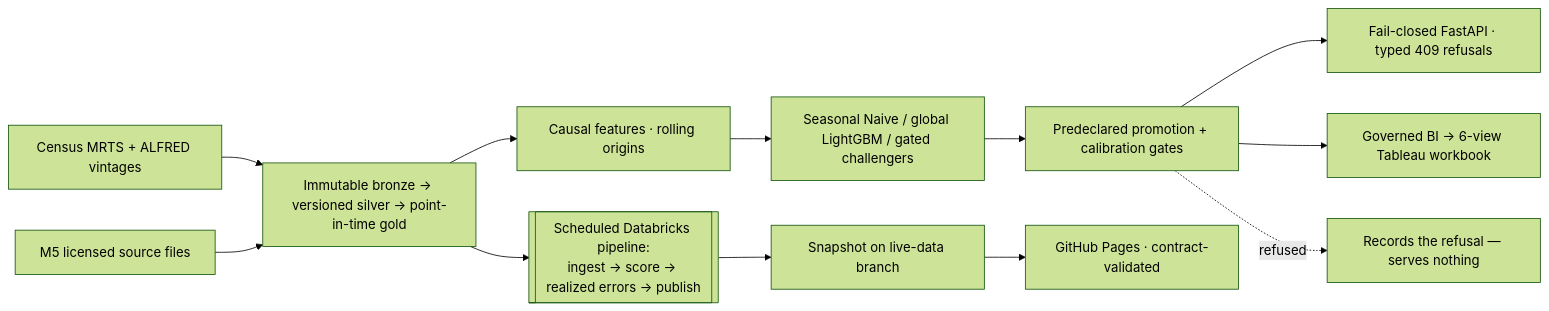
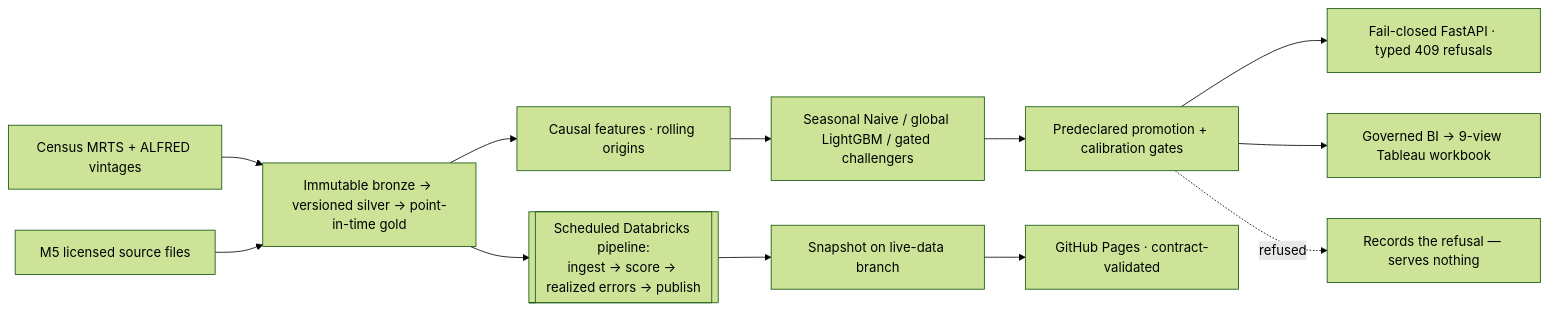
One commit to oleeveeuh/retailPRED changed the diagram in README.md. Above: the diagram before and after it, drawn with Mermaid (forest theme). The commit also changed other lines of this file and 17 other files, not shown here.

````diff
--- a/README.md
+++ b/README.md
@@ -37,14 +38,14 @@
 ```mermaid
 flowchart LR
     A[Census MRTS + ALFRED vintages] --> B[Immutable bronze → versioned silver → point-in-time gold]
     M[M5 licensed source files] --> B
     B --> C[Causal features · rolling origins]
     C --> D[Seasonal Naive / global LightGBM / gated challengers]
     D --> E[Predeclared promotion + calibration gates]
     E --> F[Fail-closed FastAPI · typed 409 refusals]
-    E --> G[Governed BI → 6-view Tableau workbook]
+    E --> G[Governed BI → 9-view Tableau workbook]
     B --> P[[Scheduled Databricks pipeline:<br/>ingest → score → realized errors → publish]]
     P --> S[Snapshot on live-data branch]
     S --> W[GitHub Pages · contract-validated]
     E -. refused .-> X[Records the refusal — serves nothing]
 ```
````
